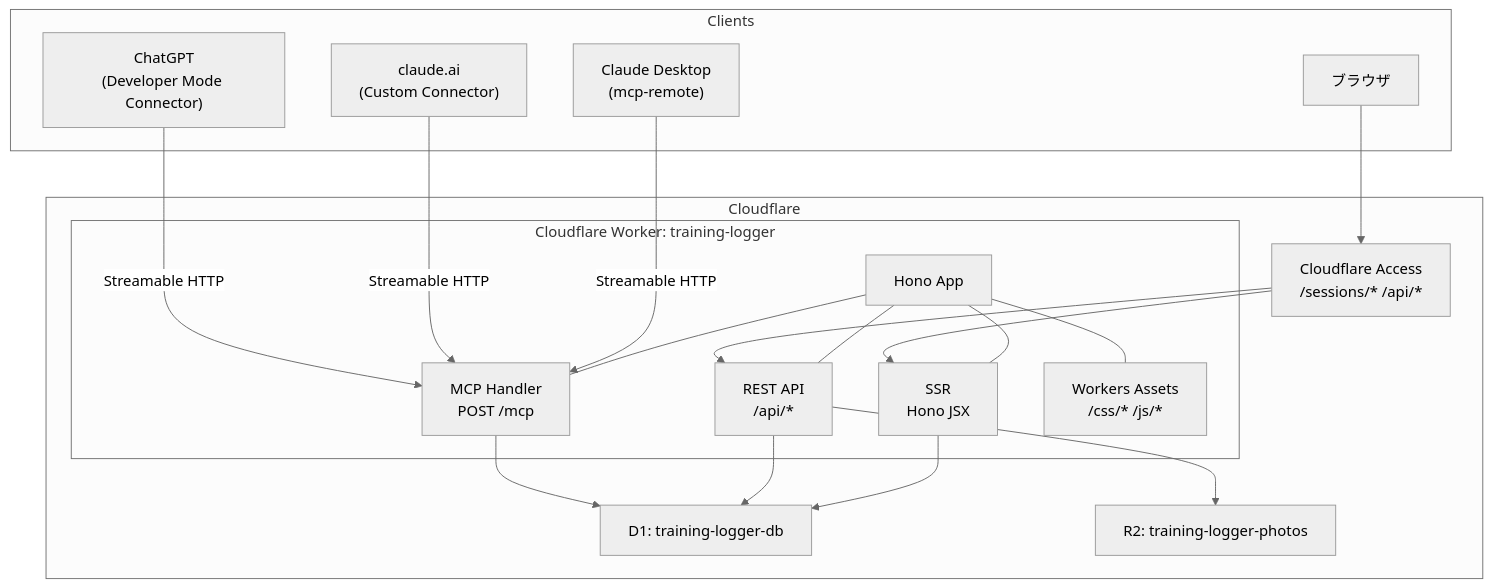
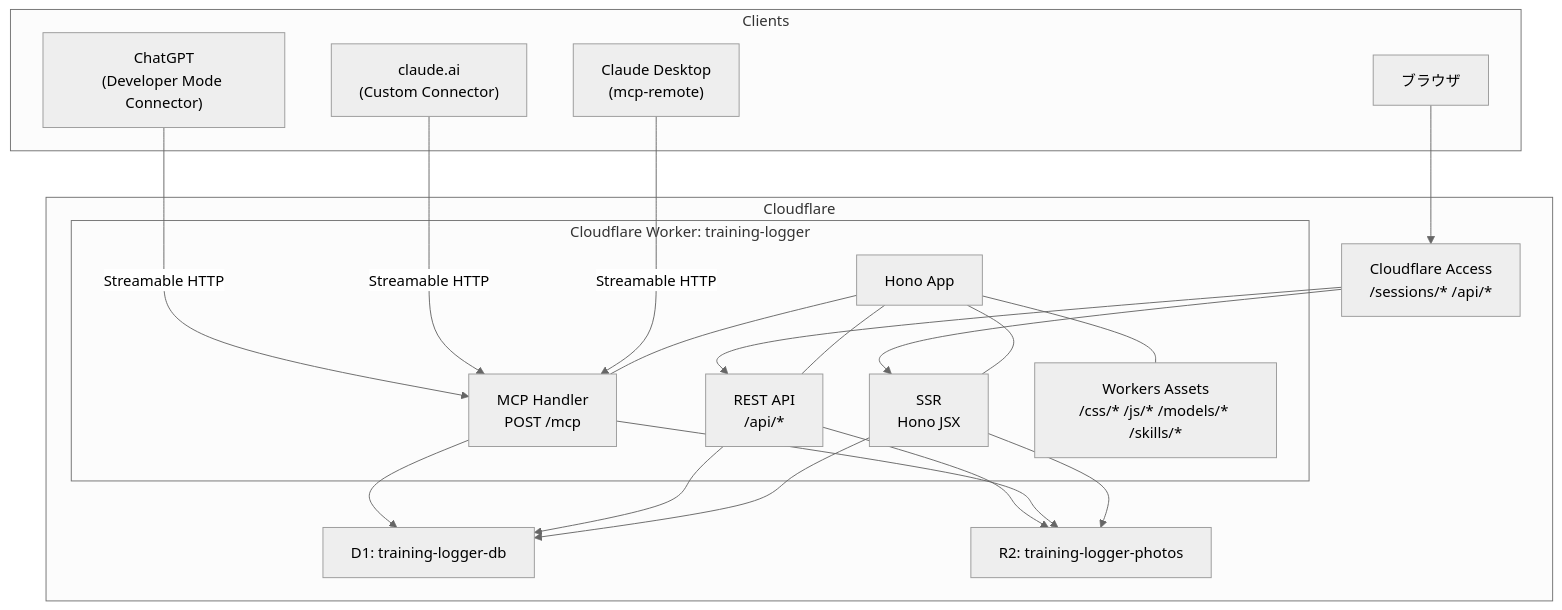
Before and after one commit to japan4415/training-logger: the first of 3 diagrams in docs/architecture.md, drawn with Mermaid (neutral theme). The commit also changed other lines of this file and 9 other files, not shown here.

````diff
--- a/docs/architecture.md
+++ b/docs/architecture.md
@@ -41,41 +41,43 @@
 ```mermaid
 graph TB
     subgraph Clients
         ChatGPT["ChatGPT<br/>(Developer Mode Connector)"]
         ClaudeAI["claude.ai<br/>(Custom Connector)"]
         ClaudeDesktop["Claude Desktop<br/>(mcp-remote)"]
         Browser["ブラウザ"]
     end
 
     subgraph Cloudflare
         Access["Cloudflare Access<br/>/sessions/* /api/*"]
         subgraph Worker["Cloudflare Worker: training-logger"]
             HonoApp["Hono App"]
             MCP["MCP Handler<br/>POST /mcp"]
             REST["REST API<br/>/api/*"]
             SSR["SSR<br/>Hono JSX"]
-            Assets["Workers Assets<br/>/css/* /js/*"]
+            Assets["Workers Assets<br/>/css/* /js/* /models/* /skills/*"]
         end
 
         D1["D1: training-logger-db"]
         R2["R2: training-logger-photos"]
     end
 
     ChatGPT -->|"Streamable HTTP"| MCP
     ClaudeAI -->|"Streamable HTTP"| MCP
     ClaudeDesktop -->|"Streamable HTTP"| MCP
 
     Browser --> Access
     Access --> SSR
     Access --> REST
 
     HonoApp --- MCP
     HonoApp --- REST
     HonoApp --- SSR
     HonoApp --- Assets
 
     MCP --> D1
     REST --> D1
     SSR --> D1
     REST --> R2
+    MCP --> R2
+    SSR --> R2
 ```
````
